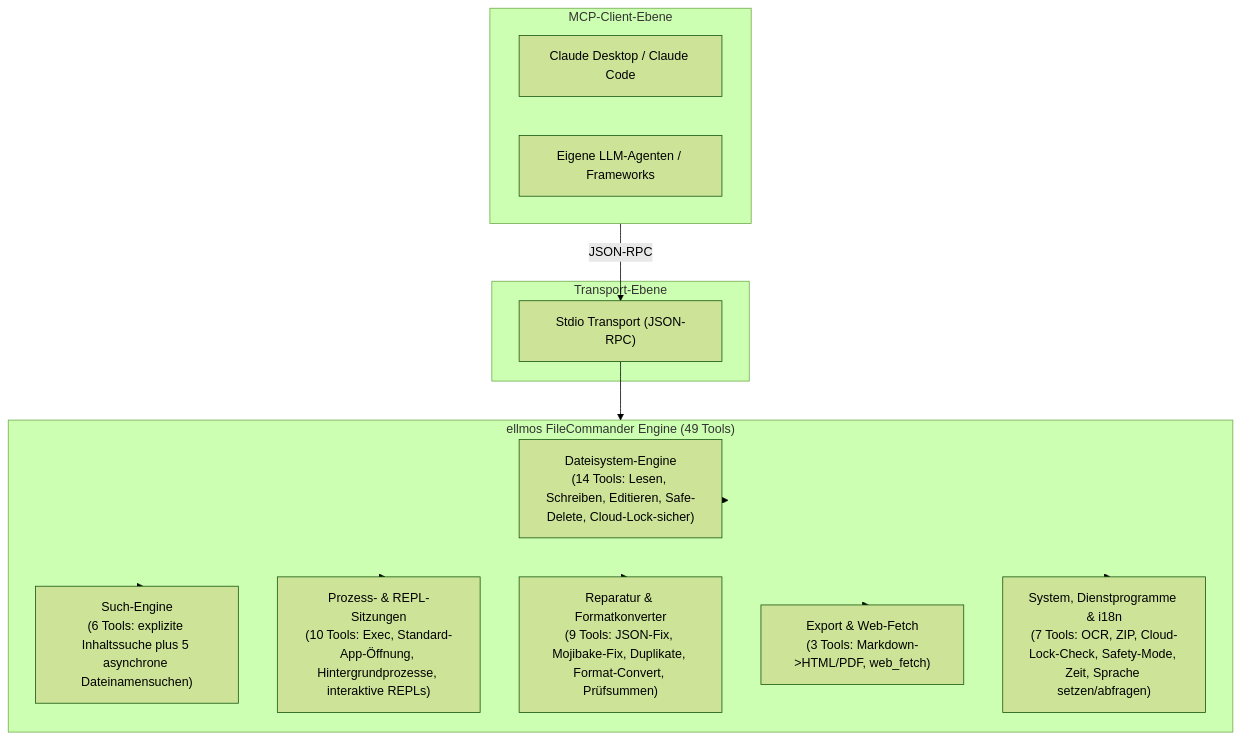
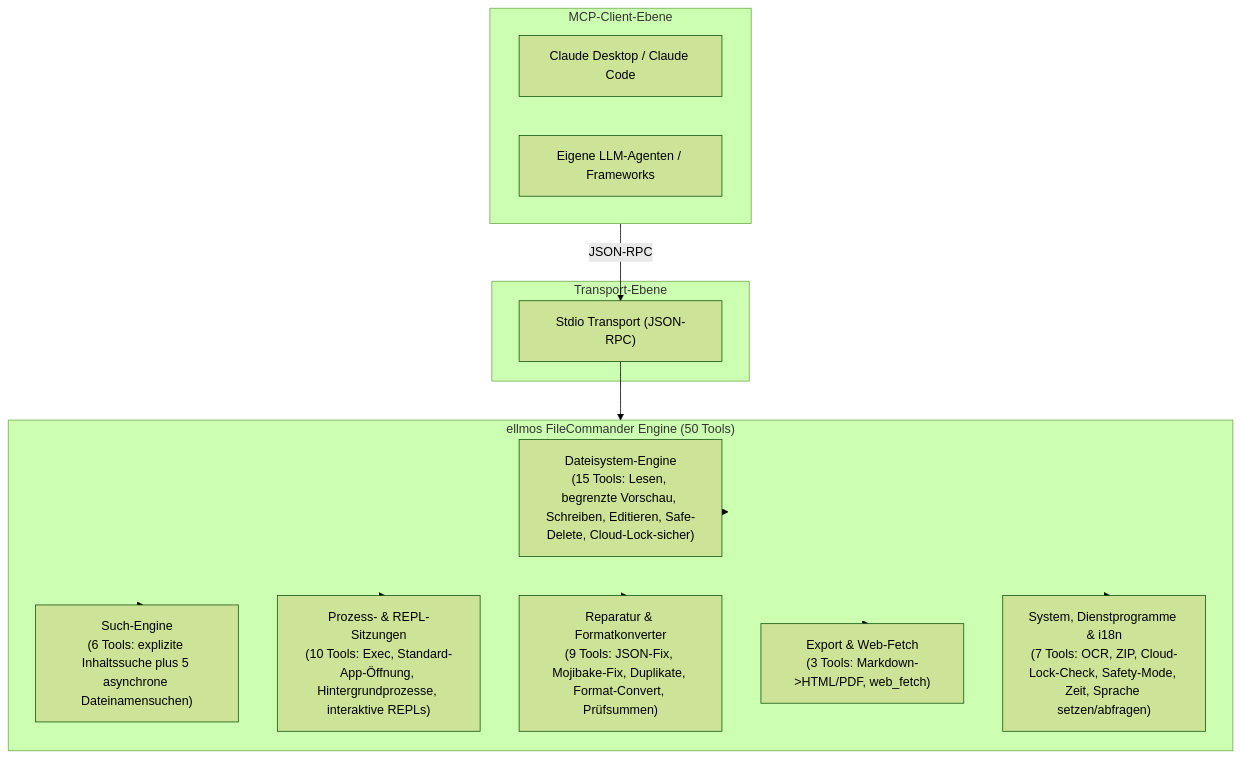
One commit to lukisch/bach-filecommander-mcp changed the first of 2 diagrams in README_de.md. Above: the diagram before and after it, drawn with Mermaid (forest theme). The commit also changed other lines of this file and 25 other files, not shown here.

````diff
--- a/README_de.md
+++ b/README_de.md
@@ -63,29 +63,29 @@
 ```mermaid
 flowchart TD
     subgraph Client["MCP-Client-Ebene"]
         Claude["Claude Desktop / Claude Code"]
         Custom["Eigene LLM-Agenten / Frameworks"]
     end
 
     subgraph Transport["Transport-Ebene"]
         Stdio["Stdio Transport (JSON-RPC)"]
     end
 
-    subgraph Core["ellmos FileCommander Engine (49 Tools)"]
-        FS["Dateisystem-Engine\n(14 Tools: Lesen, Schreiben, Editieren, Safe-Delete, Cloud-Lock-sicher)"]
+    subgraph Core["ellmos FileCommander Engine (50 Tools)"]
+        FS["Dateisystem-Engine\n(15 Tools: Lesen, begrenzte Vorschau, Schreiben, Editieren, Safe-Delete, Cloud-Lock-sicher)"]
         Search["Such-Engine\n(6 Tools: explizite Inhaltssuche plus 5 asynchrone Dateinamensuchen)"]
         Proc["Prozess- & REPL-Sitzungen\n(10 Tools: Exec, Standard-App-Öffnung, Hintergrundprozesse, interaktive REPLs)"]
         Repair["Reparatur & Formatkonverter\n(9 Tools: JSON-Fix, Mojibake-Fix, Duplikate, Format-Convert, Prüfsummen)"]
         Export["Export & Web-Fetch\n(3 Tools: Markdown->HTML/PDF, web_fetch)"]
         Sys["System, Dienstprogramme & i18n\n(7 Tools: OCR, ZIP, Cloud-Lock-Check, Safety-Mode, Zeit, Sprache setzen/abfragen)"]
     end
 
     Client -->|JSON-RPC| Stdio
     Stdio --> Core
     Core --> FS
     Core --> Search
     Core --> Proc
     Core --> Repair
     Core --> Export
     Core --> Sys
 ```
````
